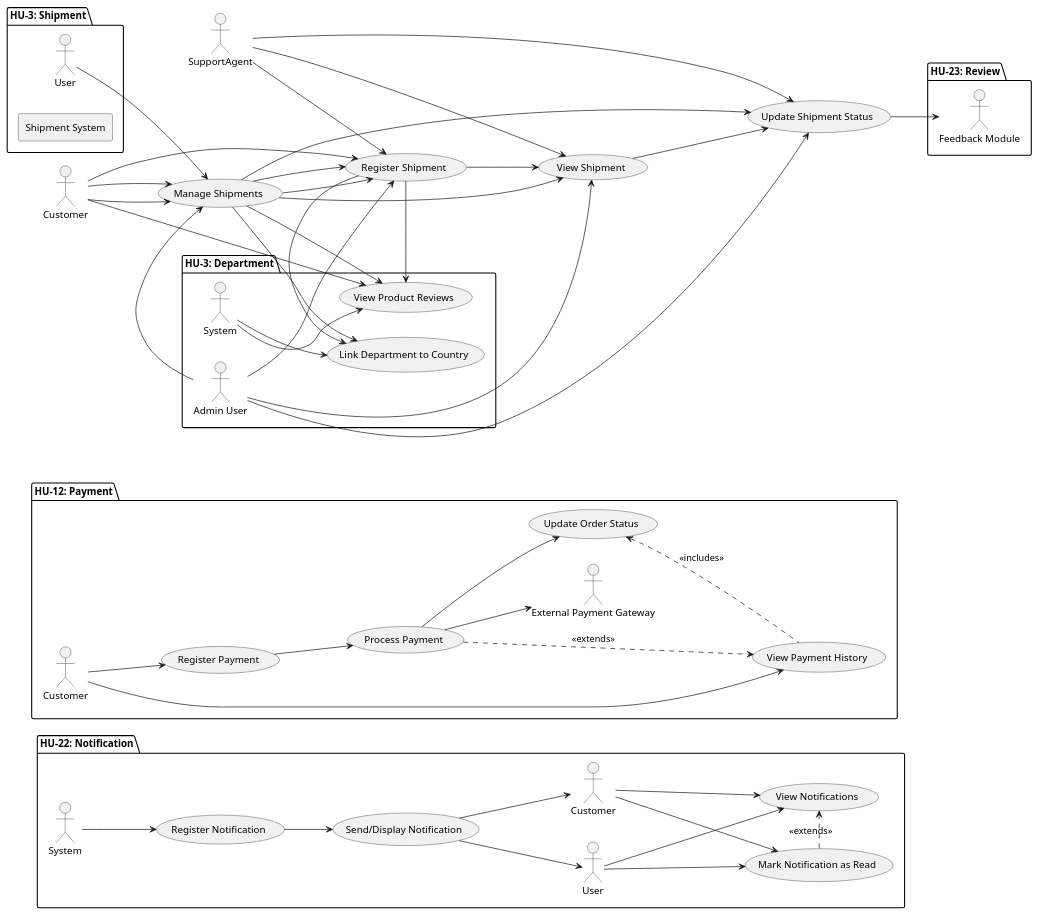
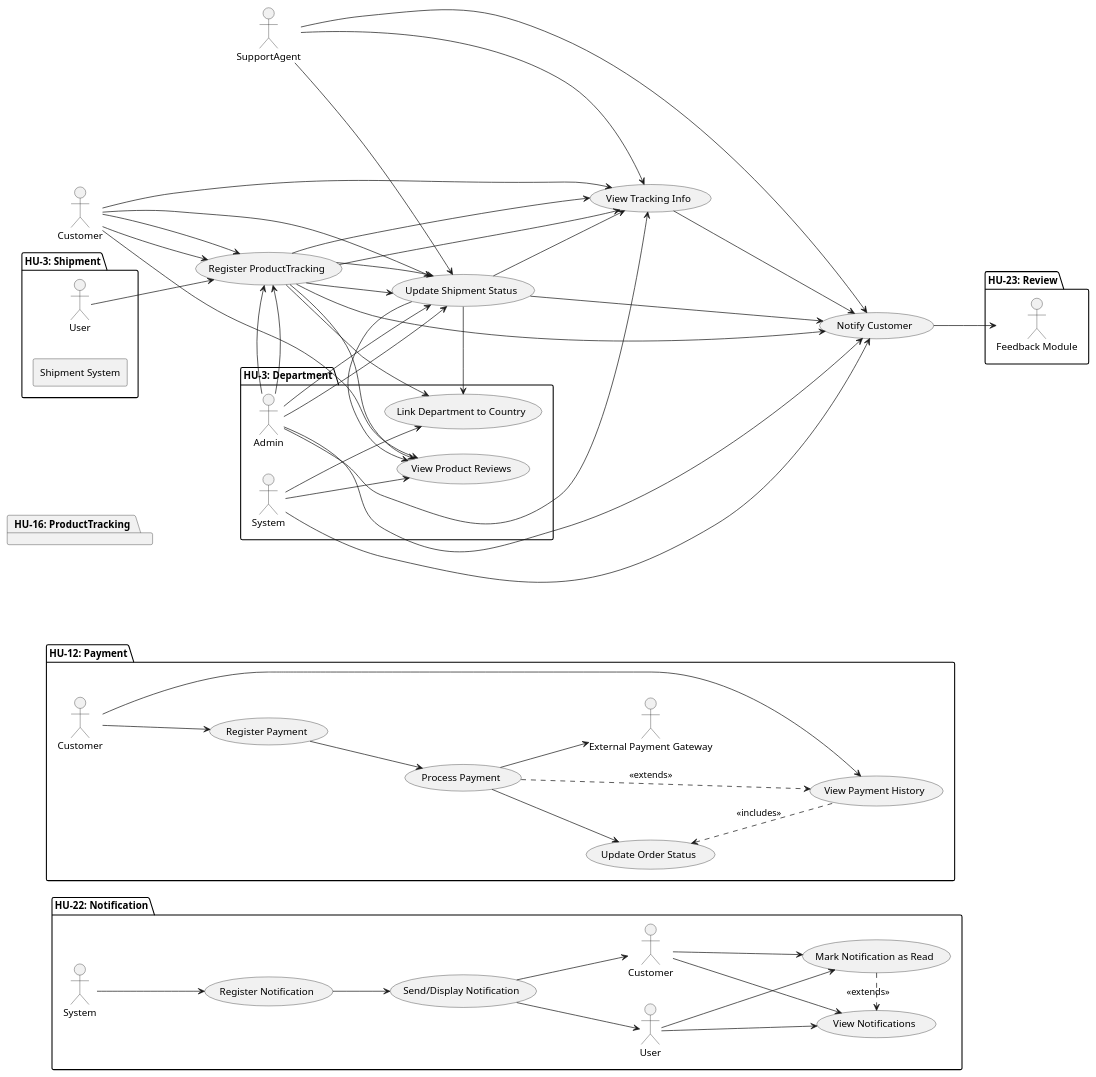
Before and after one commit to code-sena/laboratory-2899747: the diagram in document/architecture/usecase.wsd, drawn with PlantUML. The commit also changed 1 other file, not shown here.

```diff
--- a/document/architecture/usecase.wsd
+++ b/document/architecture/usecase.wsd
@@ -1,136 +1,159 @@
 @startuml
 actor Customer
 actor SupportAgent
 
 usecase "Register Support Ticket" as UC1
 usecase "View Support Ticket" as UC2
 usecase "Update Support Ticket" as UC3
 usecase "Close Support Ticket" as UC4
 
 Customer --> UC1
 Customer --> UC2
 SupportAgent --> UC2
 SupportAgent --> UC3
 SupportAgent --> UC4
 left to right direction
 
 package "HU-3: Department" {
 
   'Actors
   actor "Admin User" as Admin
   actor "System" as System
 
   'Use Cases
   usecase "Register Department" as UC1
   usecase "Update Department" as UC2
   usecase "Deactivate Department" as UC3
   usecase "View Departments" as UC4
   usecase "Validate Uniqueness & Format" as UC5
   usecase "Link Department to Country" as UC6
 
   'Relationships
   Admin --> UC1
   Admin --> UC2
   Admin --> UC3
   Admin --> UC4
 
   UC1 --> UC5
   UC1 --> UC6
 
   UC2 --> UC5
   UC2 --> UC6
 
   System --> UC5
   System --> UC6
 }
 
 package "HU-22: Notification" {
 
   'Actors'
   actor "System" as SystemN
   actor "User" as UserN
   actor "Customer" as CustomerN
 
   'Use Cases'
   usecase "Register Notification" as UCN1
   usecase "Send/Display Notification" as UCN2
   usecase "Mark Notification as Read" as UCN3
   usecase "View Notifications" as UCN4
 
   'Relationships'
   SystemN --> UCN1
   UCN1 --> UCN2
   UCN2 --> UserN
   UCN2 --> CustomerN
 
   UserN --> UCN3
   CustomerN --> UCN3
 
   UserN --> UCN4
   CustomerN --> UCN4
 
   UCN3 .> UCN4 : <<extends>>
 }
 
 package "HU-12: Payment" {
 
   'Actors'
   actor "Customer" as CustomerP
   actor "External Payment Gateway" as PaymentGatewayP
 
   'Use Cases'
   usecase "Register Payment" as UCP1
   usecase "Process Payment" as UCP2
   usecase "Update Order Status" as UCP3
   usecase "View Payment History" as UCP4
 
   'Relationships'
   CustomerP --> UCP1
   CustomerP --> UCP4
 
   UCP1 --> UCP2
   UCP2 --> PaymentGatewayP
   UCP2 .> UCP4 : <<extends>>
   UCP3 <.. UCP4 : <<includes>>
 
   UCP2 --> UCP3
 }
 
 package "HU-23: Review" {
 
   'Actors'
   actor "Customer" as Customer
   actor "Feedback Module" as FeedbackModule
 
   'Use Cases'
   usecase "Create Review" as UC1
   usecase "Validate Review Fields" as UC2
   usecase "Register Review in Database" as UC3
   usecase "Integrate with Feedback" as UC4
   usecase "View Product Reviews" as UC5
 
   'Relationships'
   Customer --> UC1
   UC1 --> UC2
   UC2 --> UC3
   UC3 --> UC4
   UC4 --> FeedbackModule
   Customer --> UC5
 }
 
 package "HU-3: Shipment" {
   actor User as user
 
   rectangle "Shipment System" {
     usecase "Manage Shipments" as UC1
     usecase "Register Shipment" as UC2
     usecase "View Shipment" as UC3
     usecase "Update Shipment Status" as UC4
   }
 
   user --> UC1
   UC1 --> UC2
   UC1 --> UC3
   UC1 --> UC4
 }
+
+  package "HU-16: ProductTracking" {
+
+    'Actors'
+    actor "System" as System
+    actor "Customer" as Customer
+    actor "Admin" as Admin
+
+    'Use Cases'
+    usecase "Register ProductTracking" as UC1
+    usecase "Update Shipment Status" as UC2
+    usecase "View Tracking Info" as UC3
+    usecase "Notify Customer" as UC4
+
+    'Relationships'
+    Admin --> UC1
+    Admin --> UC2
+    System --> UC4
+
+    Customer --> UC3
+    UC2 --> UC4
+    UC1 --> UC3
+  }
 @enduml
```
